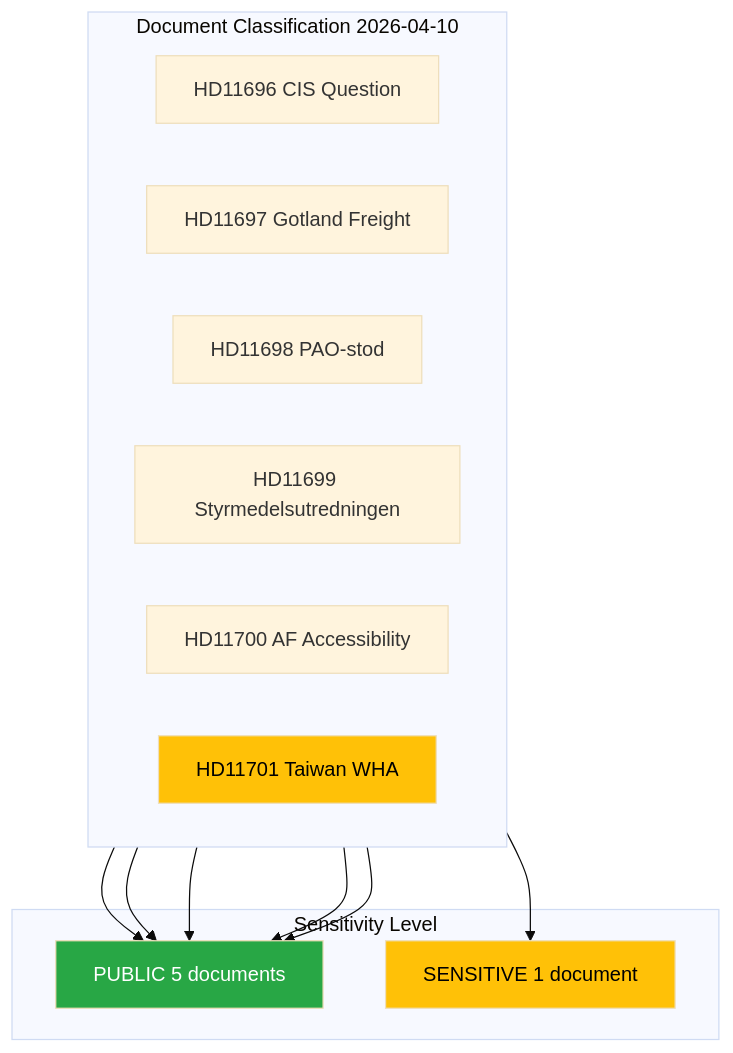
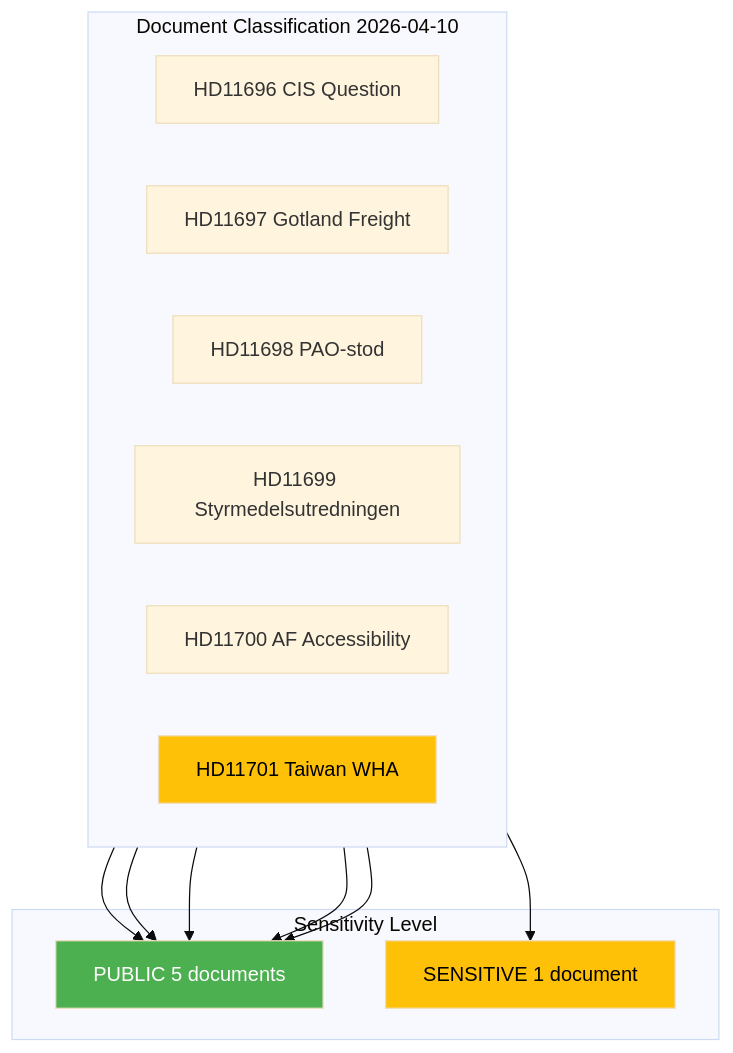
Before and after one commit to Hack23/riksdagsmonitor: the diagram in analysis/daily/2026-04-10/realtime-1026/classification-results.md, drawn with Mermaid (base theme). The commit also changed 785 other files, not shown here.

First line of the commit message:
Normalize mermaid colors across 786 analysis artifacts to ISMS Style Guide palette

````diff
--- a/analysis/daily/2026-04-10/realtime-1026/classification-results.md
+++ b/analysis/daily/2026-04-10/realtime-1026/classification-results.md
@@ -16,28 +16,28 @@
 ```mermaid
 graph TD
     subgraph Document Classification 2026-04-10
         direction LR
         D1[HD11696 CIS Question]
         D2[HD11697 Gotland Freight]
         D3[HD11698 PAO-stod]
         D4[HD11699 Styrmedelsutredningen]
         D5[HD11700 AF Accessibility]
         D6[HD11701 Taiwan WHA]
     end
 
     subgraph Sensitivity Level
         PUB[PUBLIC 5 documents]
         SEN[SENSITIVE 1 document]
     end
 
     D1 --> PUB
     D2 --> PUB
     D3 --> PUB
     D4 --> PUB
     D5 --> PUB
     D6 --> SEN
 
-    style PUB fill:#28a745,color:#fff
-    style SEN fill:#ffc107,color:#000
-    style D6 fill:#ffc107,color:#000
+    style PUB fill:#4CAF50,color:#FFFFFF
+    style SEN fill:#FFC107,color:#000000
+    style D6 fill:#FFC107,color:#000000
 ```
````
